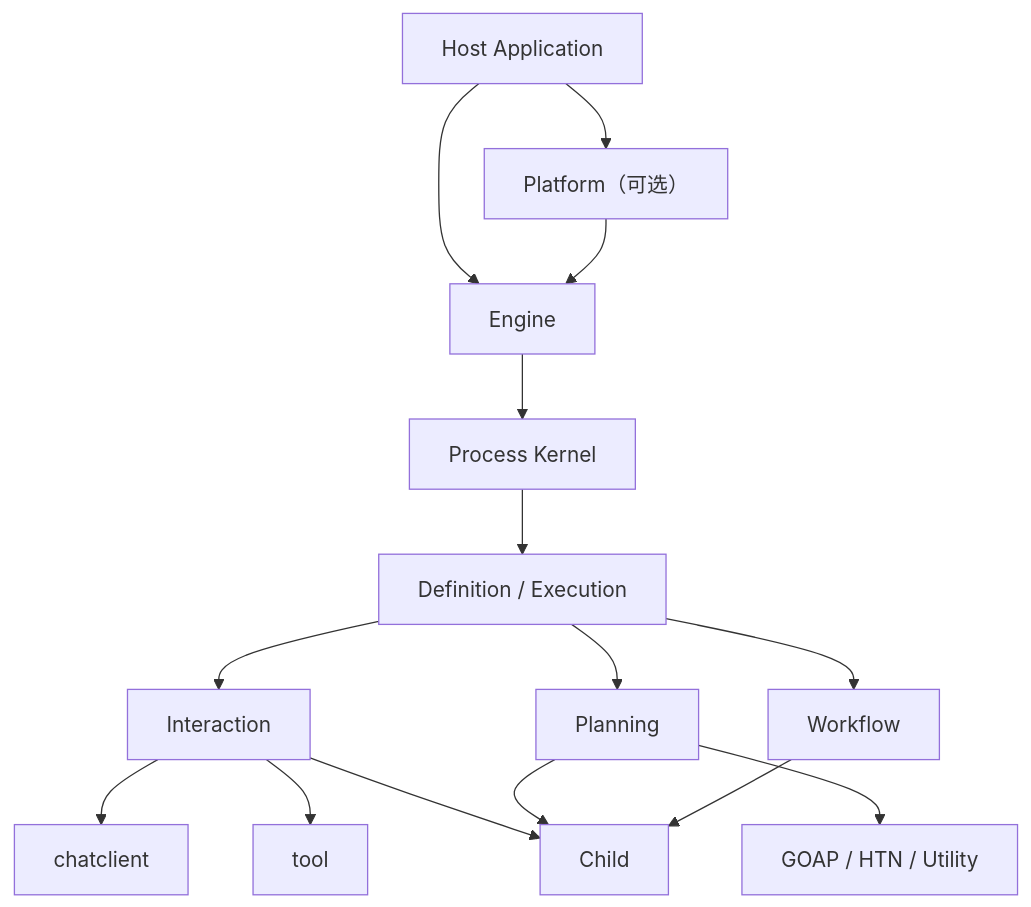
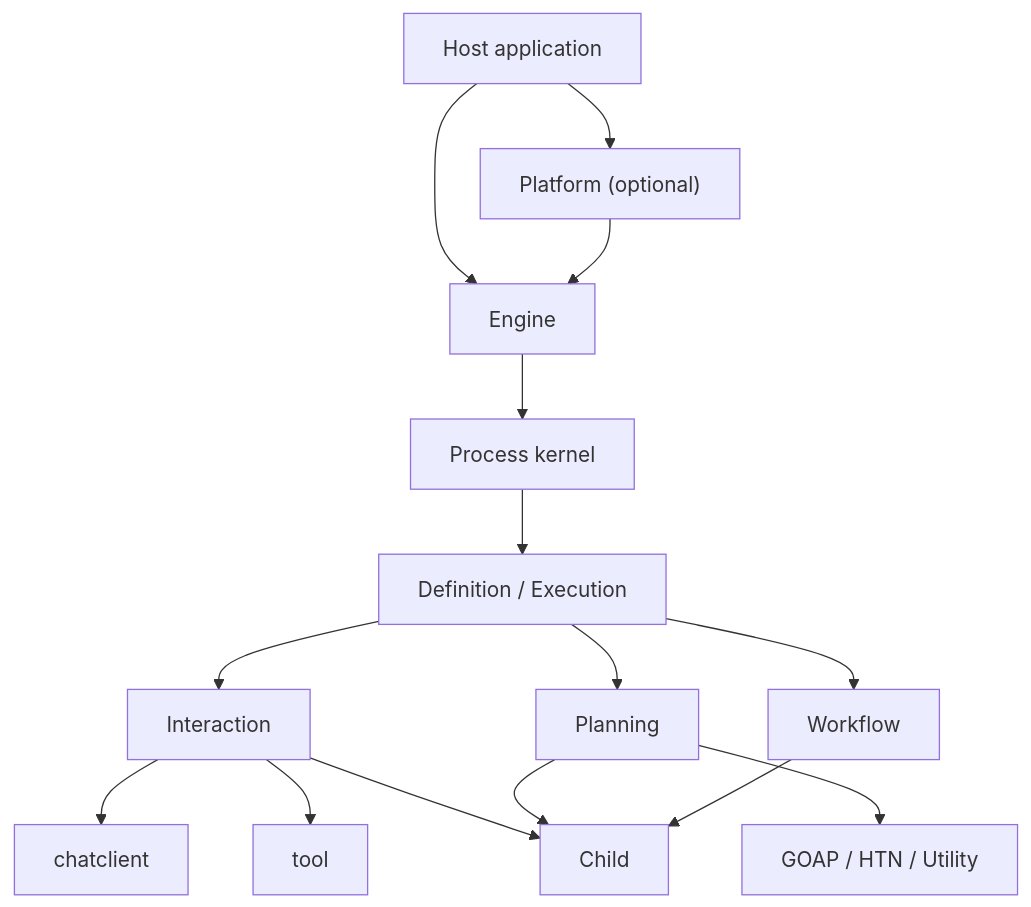
One commit to Tangerg/lynx changed the diagram in agent/ARCHITECTURE.md. Above: the diagram before and after it, drawn with Mermaid. The commit also changed other lines of this file and 12 other files, not shown here.

````diff
--- a/agent/ARCHITECTURE.md
+++ b/agent/ARCHITECTURE.md
@@ -157,17 +221,17 @@
 ```mermaid
 flowchart TD
-    Host["Host Application"] --> Platform["Platform（可选）"]
+    Host["Host application"] --> Platform["Platform (optional)"]
     Host --> Engine["Engine"]
     Platform --> Engine
-    Engine --> Kernel["Process Kernel"]
+    Engine --> Kernel["Process kernel"]
     Kernel --> Definition["Definition / Execution"]
     Definition --> Interaction["Interaction"]
     Definition --> Planning["Planning"]
     Definition --> Workflow["Workflow"]
     Interaction --> ChatClient["chatclient"]
     Interaction --> Tool["tool"]
     Planning --> Planner["GOAP / HTN / Utility"]
     Interaction --> Child
     Planning --> Child
     Workflow --> Child
 ```
````
